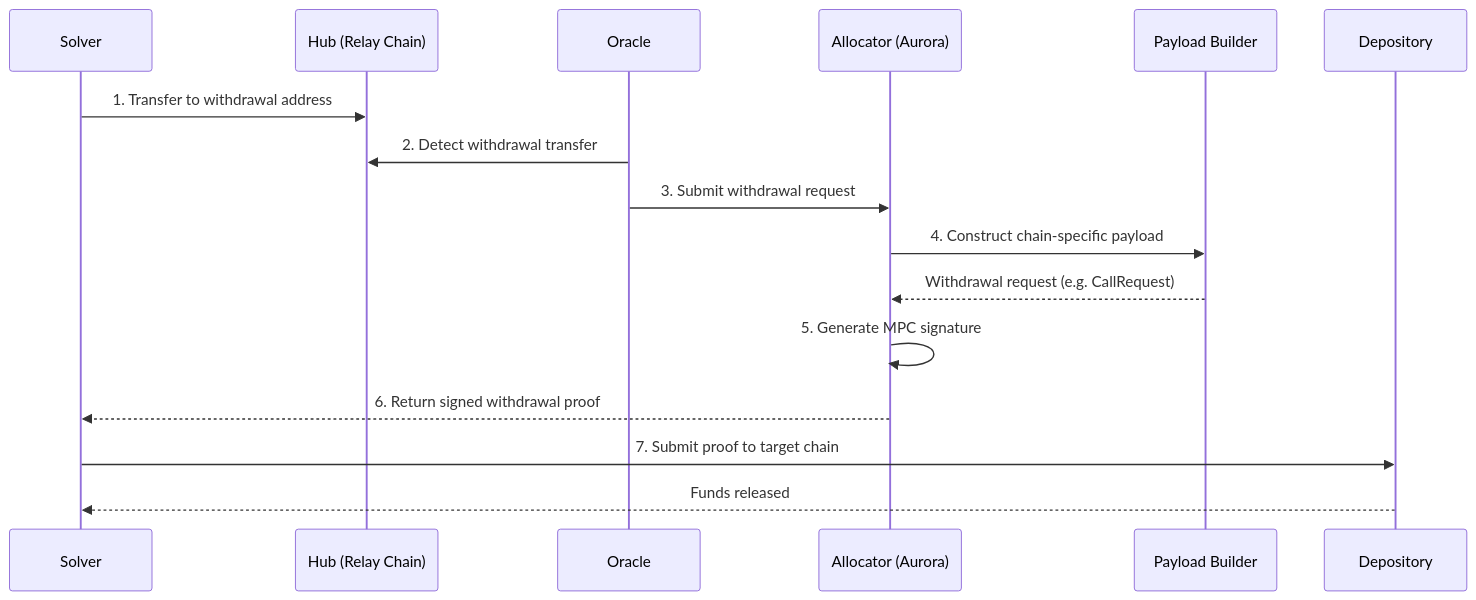
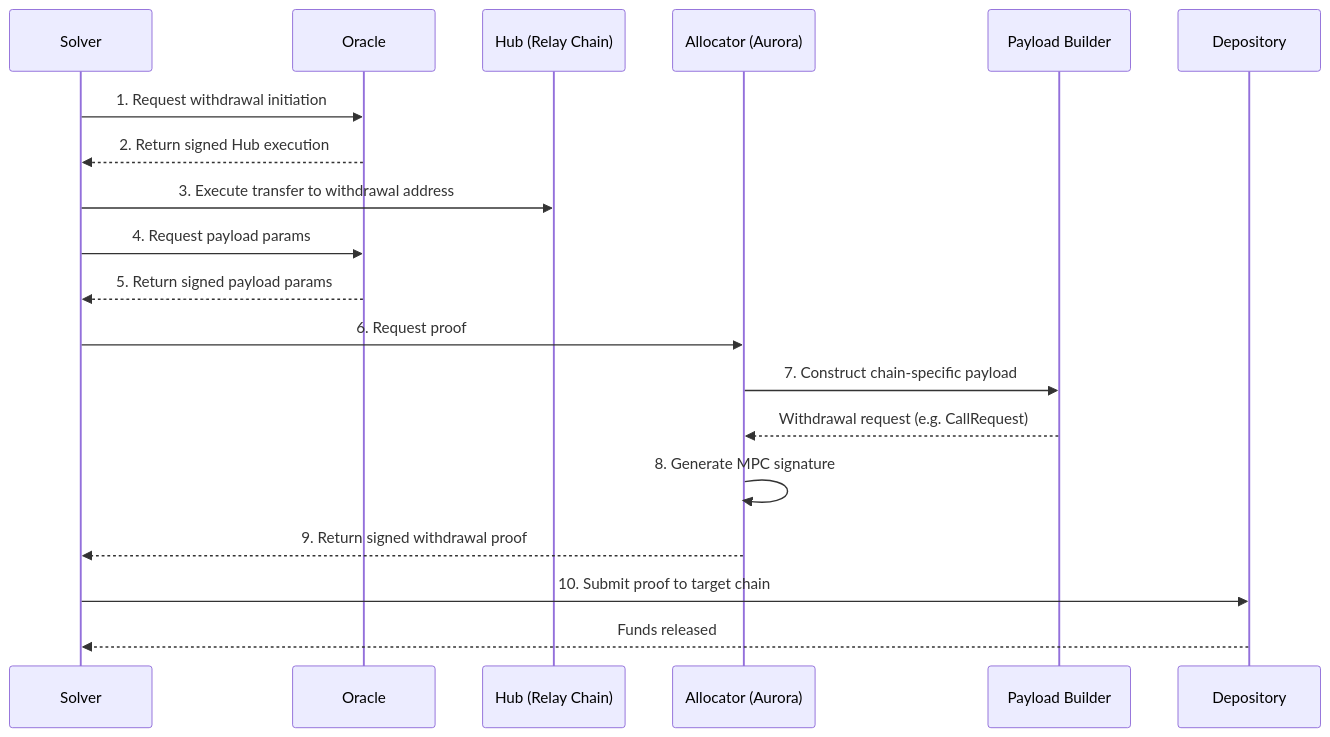
The diagram in references/protocol/components/allocator.mdx (relayprotocol/relay-docs), drawn with Mermaid before and after one commit. The commit also changed other lines of this file and 7 other files, not shown here.

````diff
--- a/references/protocol/components/allocator.mdx
+++ b/references/protocol/components/allocator.mdx
@@ -15,19 +15,22 @@
 ```mermaid
 sequenceDiagram
     participant Solver
+    participant Oracle
     participant Hub as Hub (Relay Chain)
-    participant Oracle
     participant Allocator as Allocator (Aurora)
     participant PB as Payload Builder
     participant Depository
 
-    Solver->>Hub: 1. Transfer to withdrawal address
-    Oracle->>Hub: 2. Detect withdrawal transfer
-    Oracle->>Allocator: 3. Submit withdrawal request
-    Allocator->>PB: 4. Construct chain-specific payload
+    Solver->>Oracle: 1. Request withdrawal initiation
+    Oracle-->>Solver: 2. Return signed Hub execution
+    Solver->>Hub: 3. Execute transfer to withdrawal address
+    Solver->>Oracle: 4. Request payload params
+    Oracle-->>Solver: 5. Return signed payload params
+    Solver->>Allocator: 6. Request proof
+    Allocator->>PB: 7. Construct chain-specific payload
     PB-->>Allocator: Withdrawal request (e.g. CallRequest)
-    Allocator->>Allocator: 5. Generate MPC signature
-    Allocator-->>Solver: 6. Return signed withdrawal proof
-    Solver->>Depository: 7. Submit proof to target chain
+    Allocator->>Allocator: 8. Generate MPC signature
+    Allocator-->>Solver: 9. Return signed withdrawal proof
+    Solver->>Depository: 10. Submit proof to target chain
     Depository-->>Solver: Funds released
 ```
````
